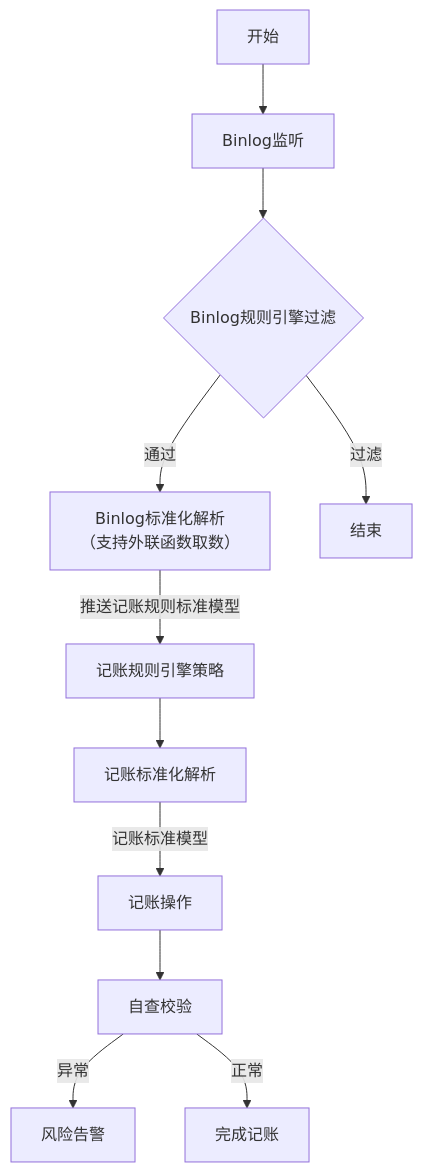
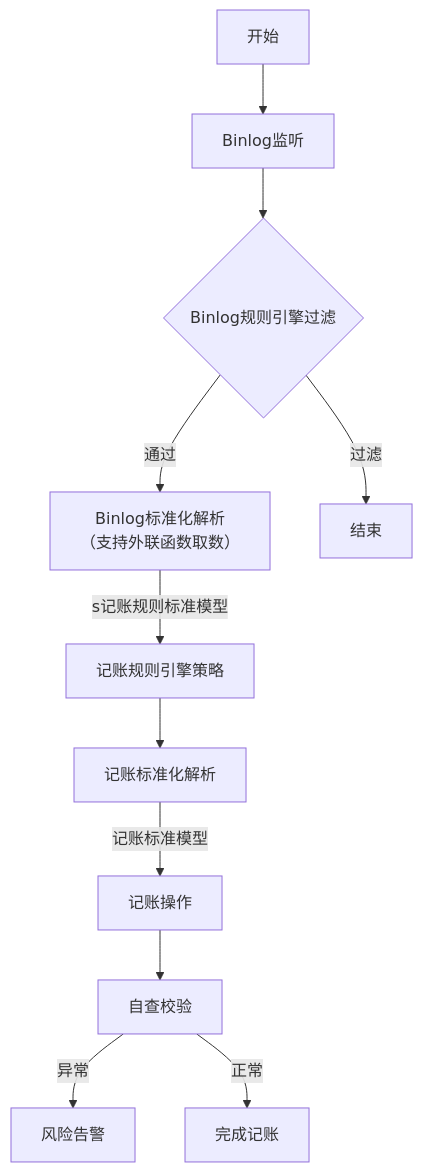
The diagram in all/记账架构流程图.md (87828943/iodraw-files), drawn with Mermaid before and after one commit.

Commit message:
2025-07-07 14:54:24 update

````diff
--- a/all/记账架构流程图.md
+++ b/all/记账架构流程图.md
@@ -1,14 +1,14 @@
 ```mermaid
 graph TD
     Z[开始] --> A
     A[Binlog监听] --> B{Binlog规则引擎过滤}
     B -->|通过| C[Binlog标准化解析
     （支持外联函数取数）]
     B -->|过滤| K[结束]
-    C --> |推送记账规则标准模型|D[记账规则引擎策略]
+    C --> |s记账规则标准模型|D[记账规则引擎策略]
     D --> E[记账标准化解析]
     E --> |记账标准模型|F[记账操作]
     F --> G[自查校验]
     G -->|异常| H[风险告警]
     G -->|正常| I[完成记账]
 ```
````
